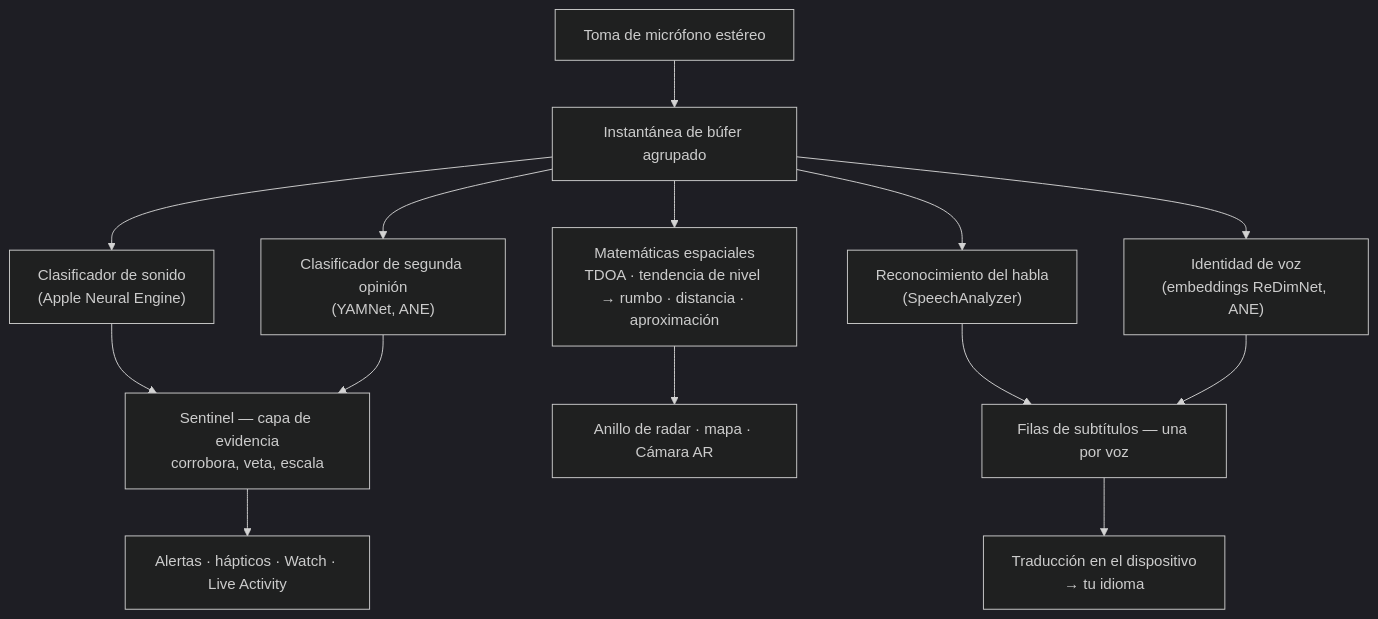
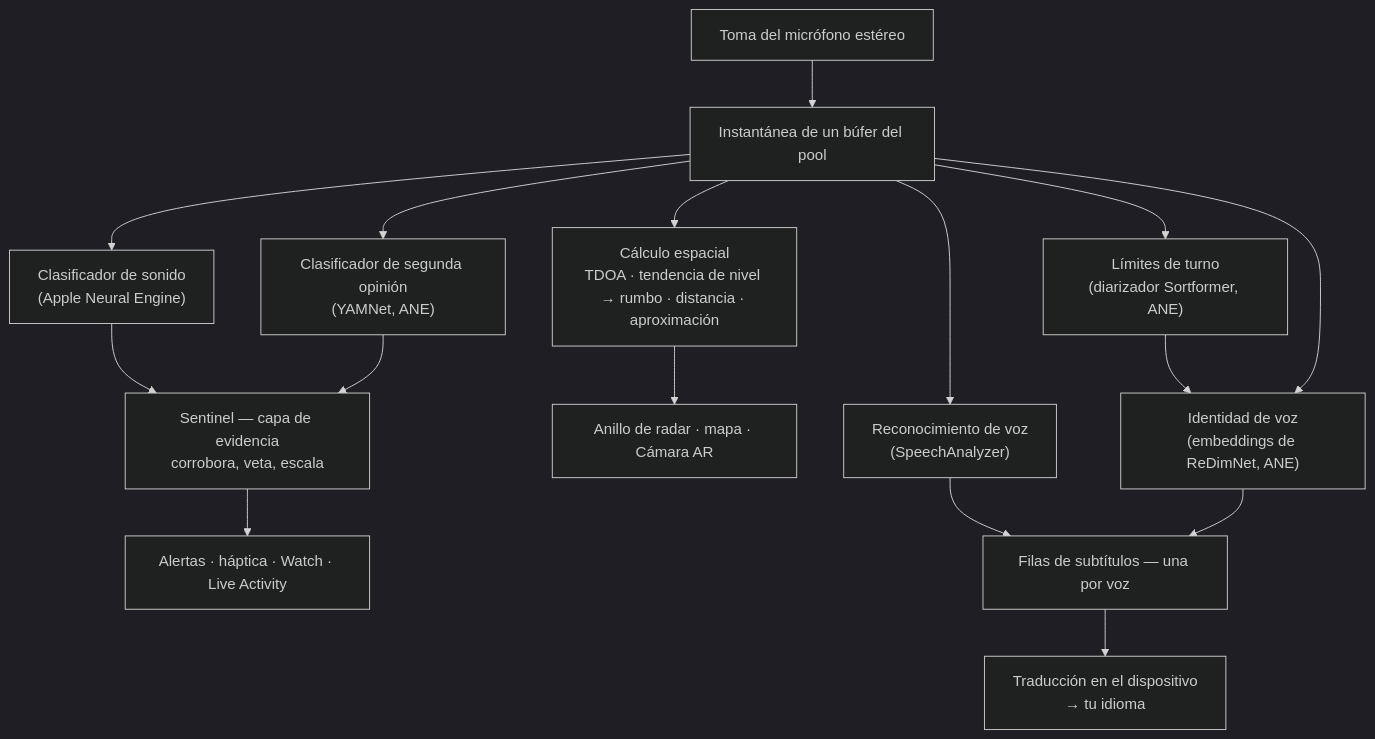
One commit to rpalm01-star/VigilantEarLegal changed the second of 4 diagrams in README_es.md. Above: the diagram before and after it, drawn with Mermaid (dark theme). The commit also changed other lines of this file and 29 other files, not shown here.

````diff
--- a/README_es.md
+++ b/README_es.md
@@ -128,16 +134,18 @@
 ```mermaid
 graph TD
-    A["Toma de micrófono estéreo"] --> B["Instantánea de búfer agrupado"]
+    A["Toma del micrófono estéreo"] --> B["Instantánea de un búfer del pool"]
     B --> C["Clasificador de sonido<br/>(Apple Neural Engine)"]
     B --> Y["Clasificador de segunda opinión<br/>(YAMNet, ANE)"]
     C --> S["Sentinel — capa de evidencia<br/>corrobora, veta, escala"]
     Y --> S
-    S --> H["Alertas · hápticos · Watch · Live Activity"]
-    B --> D["Matemáticas espaciales<br/>TDOA · tendencia de nivel → rumbo · distancia · aproximación"]
+    S --> H["Alertas · háptica · Watch · Live Activity"]
+    B --> D["Cálculo espacial<br/>TDOA · tendencia de nivel → rumbo · distancia · aproximación"]
     D --> R["Anillo de radar · mapa · Cámara AR"]
-    B --> F["Reconocimiento del habla<br/>(SpeechAnalyzer)"]
-    B --> E["Identidad de voz<br/>(embeddings ReDimNet, ANE)"]
+    B --> F["Reconocimiento de voz<br/>(SpeechAnalyzer)"]
+    B --> N["Límites de turno<br/>(diarizador Sortformer, ANE)"]
+    N --> E["Identidad de voz<br/>(embeddings de ReDimNet, ANE)"]
+    B --> E
     F --> G["Filas de subtítulos — una por voz"]
     E --> G
     G --> T["Traducción en el dispositivo<br/>→ tu idioma"]
 ```
````
